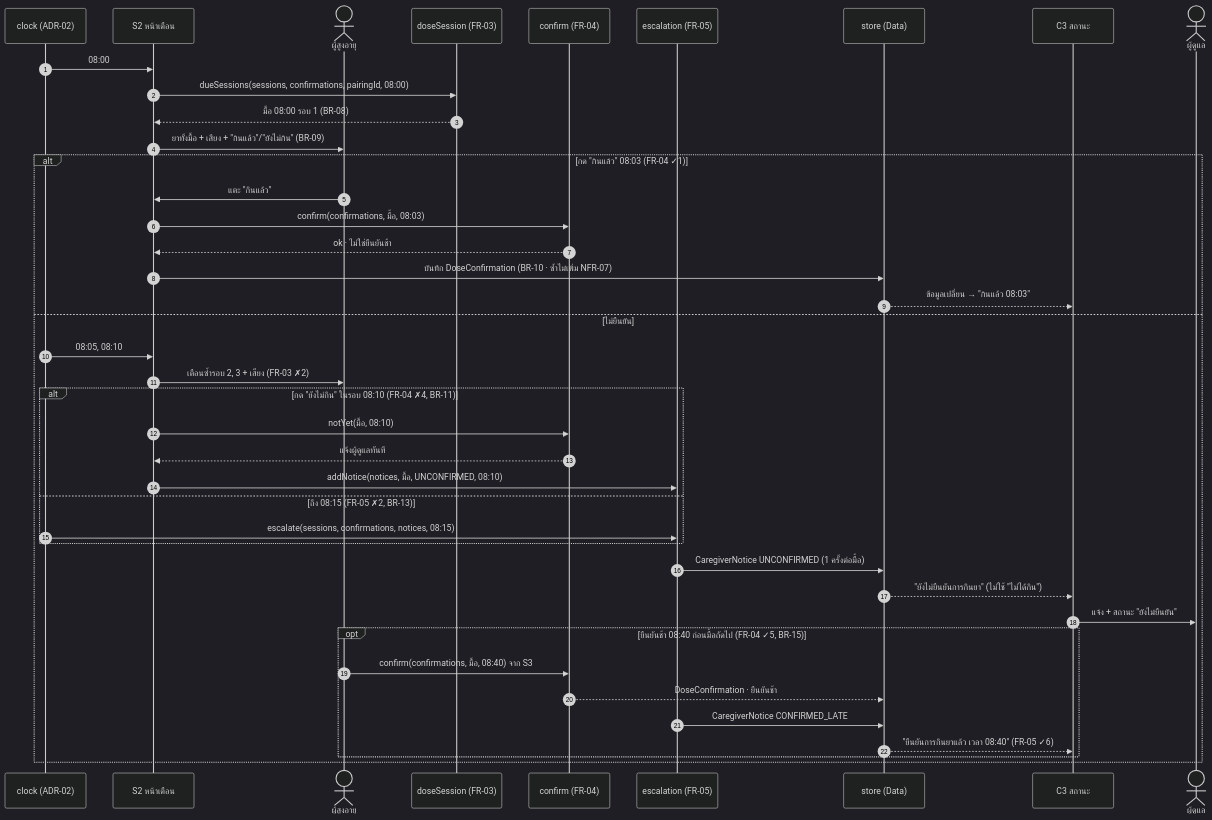
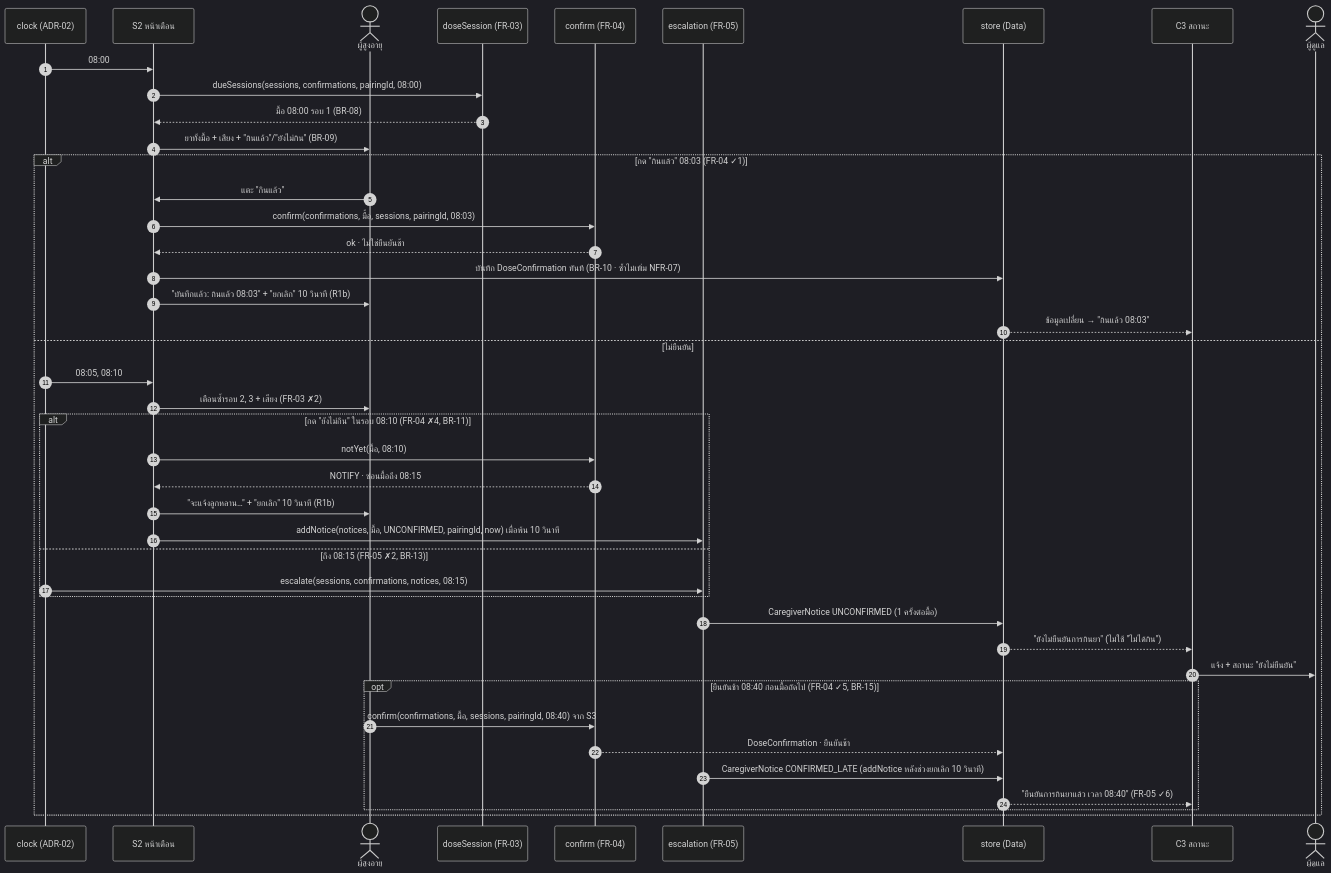
The fourth of 8 diagrams in docs/03-design/architecture.md (yaroo393-png/MedMind_webapp), drawn with Mermaid (dark theme) before and after one commit. The commit also changed other lines of this file and 15 other files, not shown here.

Commit message:
FR-04 confirm: one-tap whole-session confirm, 10-second undo, not-yet hides until next round, late confirm from new home S3, status words in confirm, 33 tests (AC ✓1–✗6 · BR-10/11/12/14/15/16 · NFR-02, 03, 07)

````diff
--- a/docs/03-design/architecture.md
+++ b/docs/03-design/architecture.md
@@ -170,44 +170,46 @@
 ```mermaid
 sequenceDiagram
     autonumber
     participant CLK as clock (ADR-02)
     participant S2 as S2 หน้าเตือน
     actor Senior as ผู้สูงอายุ
     participant DS as doseSession (FR-03)
     participant CF as confirm (FR-04)
     participant ES as escalation (FR-05)
     participant ST as store (Data)
     participant C3 as C3 สถานะ
     actor Caregiver as ผู้ดูแล
 
     CLK->>S2: 08:00
     S2->>DS: dueSessions(sessions, confirmations, pairingId, 08:00)
     DS-->>S2: มื้อ 08:00 รอบ 1 (BR-08)
     S2->>Senior: ยาทั้งมื้อ + เสียง + "กินแล้ว"/"ยังไม่กิน" (BR-09)
     alt กด "กินแล้ว" 08:03 (FR-04 ✓1)
         Senior->>S2: แตะ "กินแล้ว"
-        S2->>CF: confirm(confirmations, มื้อ, 08:03)
+        S2->>CF: confirm(confirmations, มื้อ, sessions, pairingId, 08:03)
         CF-->>S2: ok · ไม่ใช่ยืนยันช้า
-        S2->>ST: บันทึก DoseConfirmation (BR-10 · ซ้ำไม่เพิ่ม NFR-07)
+        S2->>ST: บันทึก DoseConfirmation ทันที (BR-10 · ซ้ำไม่เพิ่ม NFR-07)
+        S2->>Senior: "บันทึกแล้ว: กินแล้ว 08:03" + "ยกเลิก" 10 วินาที (R1b)
         ST-->>C3: ข้อมูลเปลี่ยน → "กินแล้ว 08:03"
     else ไม่ยืนยัน
         CLK->>S2: 08:05, 08:10
         S2->>Senior: เตือนซ้ำรอบ 2, 3 + เสียง (FR-03 ✗2)
         alt กด "ยังไม่กิน" ในรอบ 08:10 (FR-04 ✗4, BR-11)
             S2->>CF: notYet(มื้อ, 08:10)
-            CF-->>S2: แจ้งผู้ดูแลทันที
-            S2->>ES: addNotice(notices, มื้อ, UNCONFIRMED, 08:10)
+            CF-->>S2: NOTIFY · ซ่อนมื้อถึง 08:15
+            S2->>Senior: "จะแจ้งลูกหลาน…" + "ยกเลิก" 10 วินาที (R1b)
+            S2->>ES: addNotice(notices, มื้อ, UNCONFIRMED, pairingId, now) เมื่อพ้น 10 วินาที
         else ถึง 08:15 (FR-05 ✗2, BR-13)
             CLK->>ES: escalate(sessions, confirmations, notices, 08:15)
         end
         ES->>ST: CaregiverNotice UNCONFIRMED (1 ครั้งต่อมื้อ)
         ST-->>C3: "ยังไม่ยืนยันการกินยา" (ไม่ใช้ "ไม่ได้กิน")
         C3->>Caregiver: แจ้ง + สถานะ "ยังไม่ยืนยัน"
         opt ยืนยันช้า 08:40 ก่อนมื้อถัดไป (FR-04 ✓5, BR-15)
-            Senior->>CF: confirm(confirmations, มื้อ, 08:40) จาก S3
+            Senior->>CF: confirm(confirmations, มื้อ, sessions, pairingId, 08:40) จาก S3
             CF-->>ST: DoseConfirmation · ยืนยันช้า
-            ES->>ST: CaregiverNotice CONFIRMED_LATE
+            ES->>ST: CaregiverNotice CONFIRMED_LATE (addNotice หลังช่วงยกเลิก 10 วินาที)
             ST-->>C3: "ยืนยันการกินยาแล้ว เวลา 08:40" (FR-05 ✓6)
         end
     end
 ```
````
